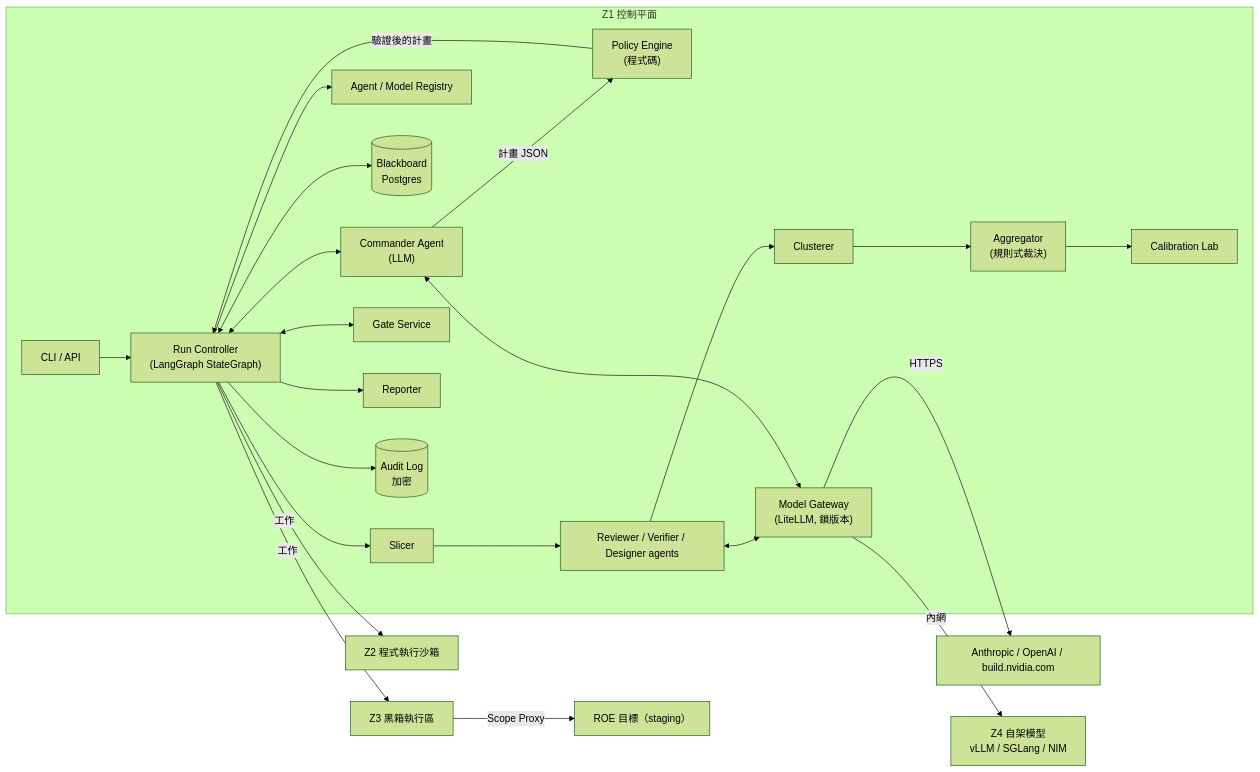
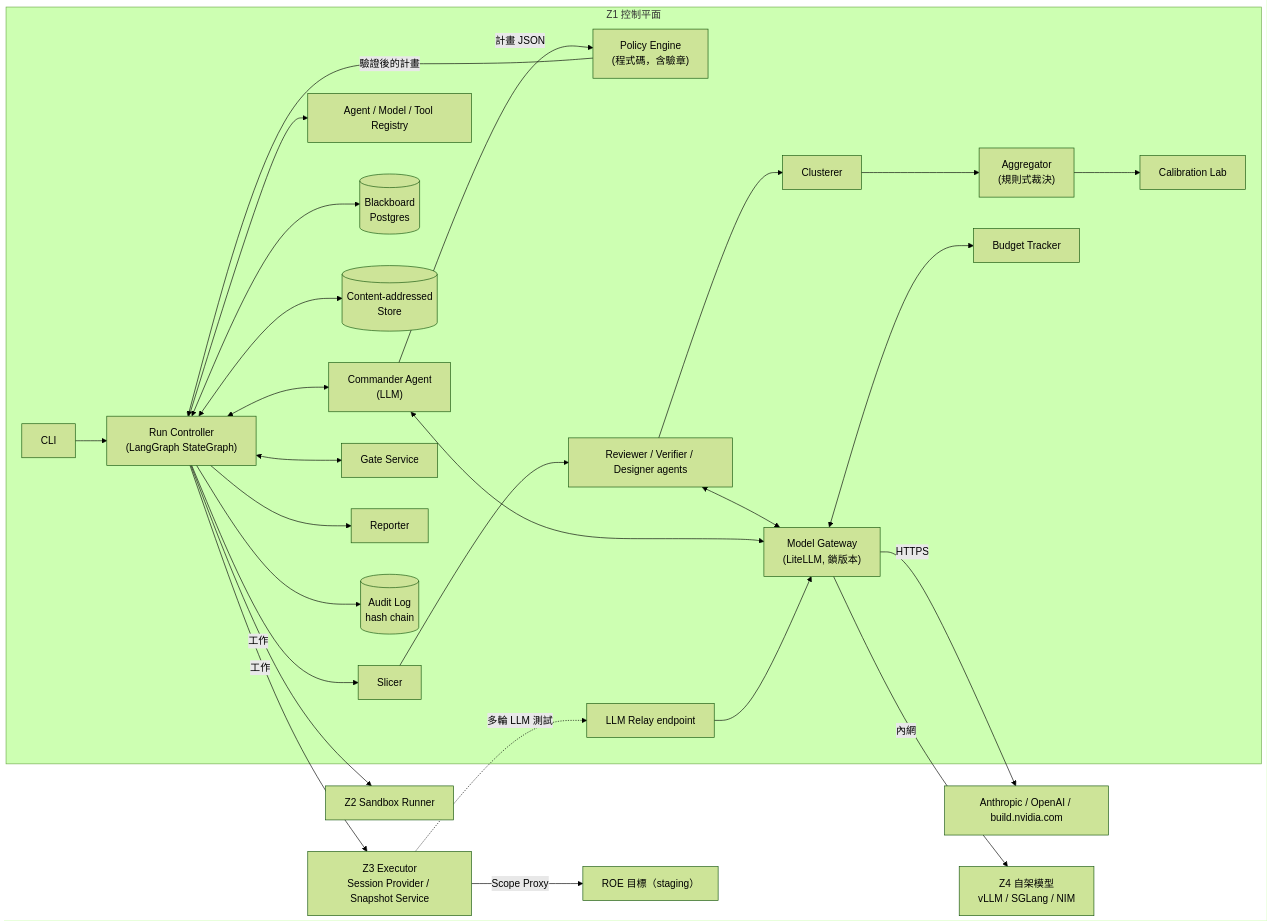
The first of 10 diagrams in docs/03-system-architecture.md (chinchiang/VibeCheckHarness), drawn with Mermaid (forest theme) before and after one commit. The commit also changed other lines of this file and 132 other files, not shown here.

````diff
--- a/docs/03-system-architecture.md
+++ b/docs/03-system-architecture.md
@@ -7,24 +23,28 @@
 ```mermaid
 flowchart LR
   subgraph Z1["Z1 控制平面"]
-    CLI["CLI / API"] --> RC["Run Controller<br/>(LangGraph StateGraph)"]
+    CLI["CLI"] --> RC["Run Controller<br/>(LangGraph StateGraph)"]
     RC <--> CMD["Commander Agent<br/>(LLM)"]
-    CMD -- 計畫 JSON --> PE["Policy Engine<br/>(程式碼)"]
+    CMD -- 計畫 JSON --> PE["Policy Engine<br/>(程式碼，含驗章)"]
     PE -- 驗證後的計畫 --> RC
-    RC --> REG["Agent / Model Registry"]
+    RC --> REG["Agent / Model / Tool Registry"]
     RC <--> BB[("Blackboard<br/>Postgres")]
+    RC <--> CAS[("Content-addressed<br/>Store")]
     RC --> SL["Slicer"] --> AG["Reviewer / Verifier / Designer agents"]
     AG --> CL["Clusterer"] --> AGG["Aggregator<br/>(規則式裁決)"]
     AGG --> CAL["Calibration Lab"]
     RC <--> GS["Gate Service"]
     RC --> REP["Reporter"]
-    RC --> AUD[("Audit Log<br/>加密")]
+    RC --> AUD[("Audit Log<br/>hash chain")]
     AG <--> GW["Model Gateway<br/>(LiteLLM, 鎖版本)"]
     CMD <--> GW
+    GW <--> BT["Budget Tracker"]
+    RLY["LLM Relay endpoint"] --> GW
   end
   GW -->|HTTPS| CLOUD["Anthropic / OpenAI / build.nvidia.com"]
   GW -->|內網| Z4["Z4 自架模型<br/>vLLM / SGLang / NIM"]
-  RC -->|工作| Z2["Z2 程式執行沙箱"]
-  RC -->|工作| Z3["Z3 黑箱執行區"]
+  RC -->|工作| Z2["Z2 Sandbox Runner"]
+  RC -->|工作| Z3["Z3 Executor<br/>Session Provider / Snapshot Service"]
   Z3 -->|Scope Proxy| TGT["ROE 目標（staging）"]
+  Z3 -. 多輪 LLM 測試 .-> RLY
 ```
````
